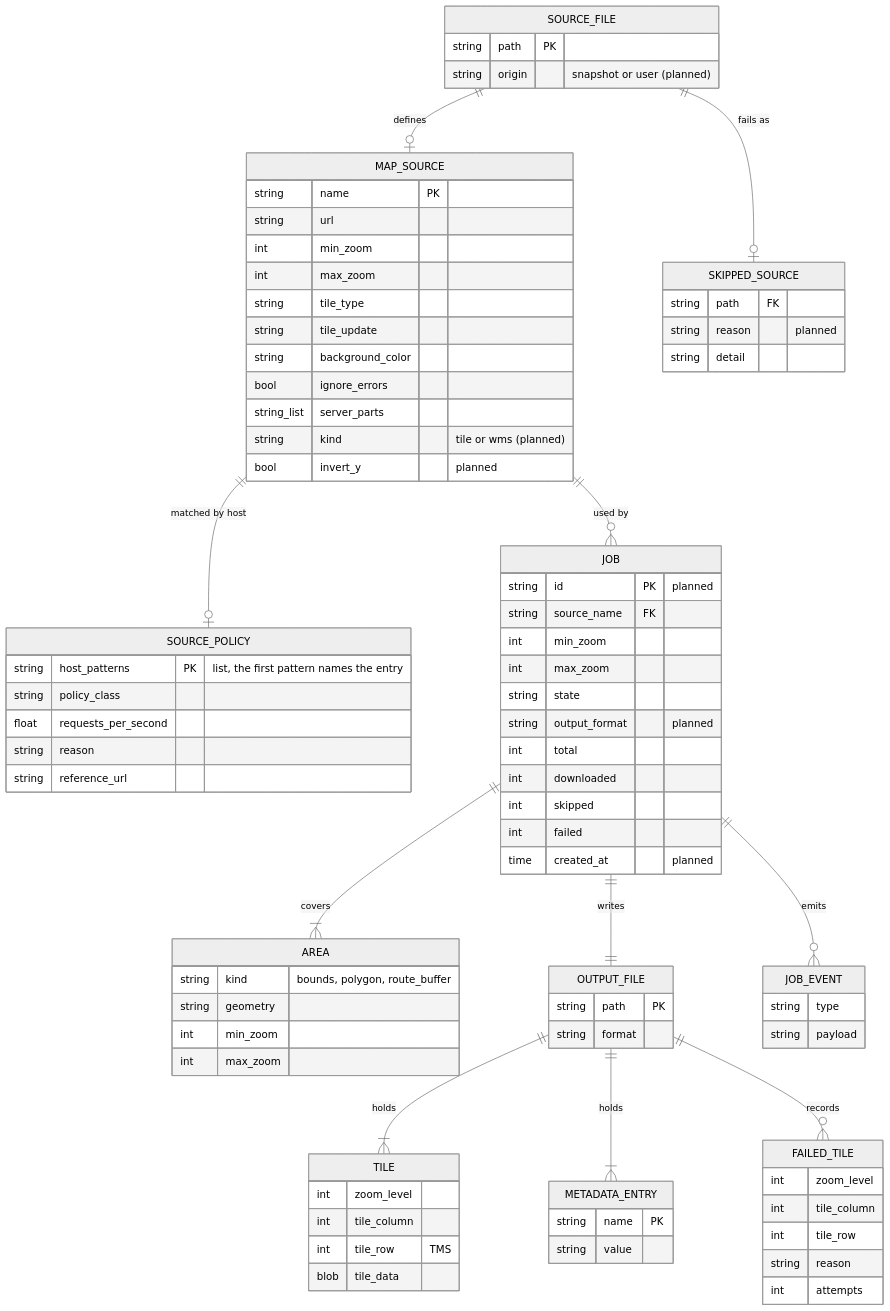
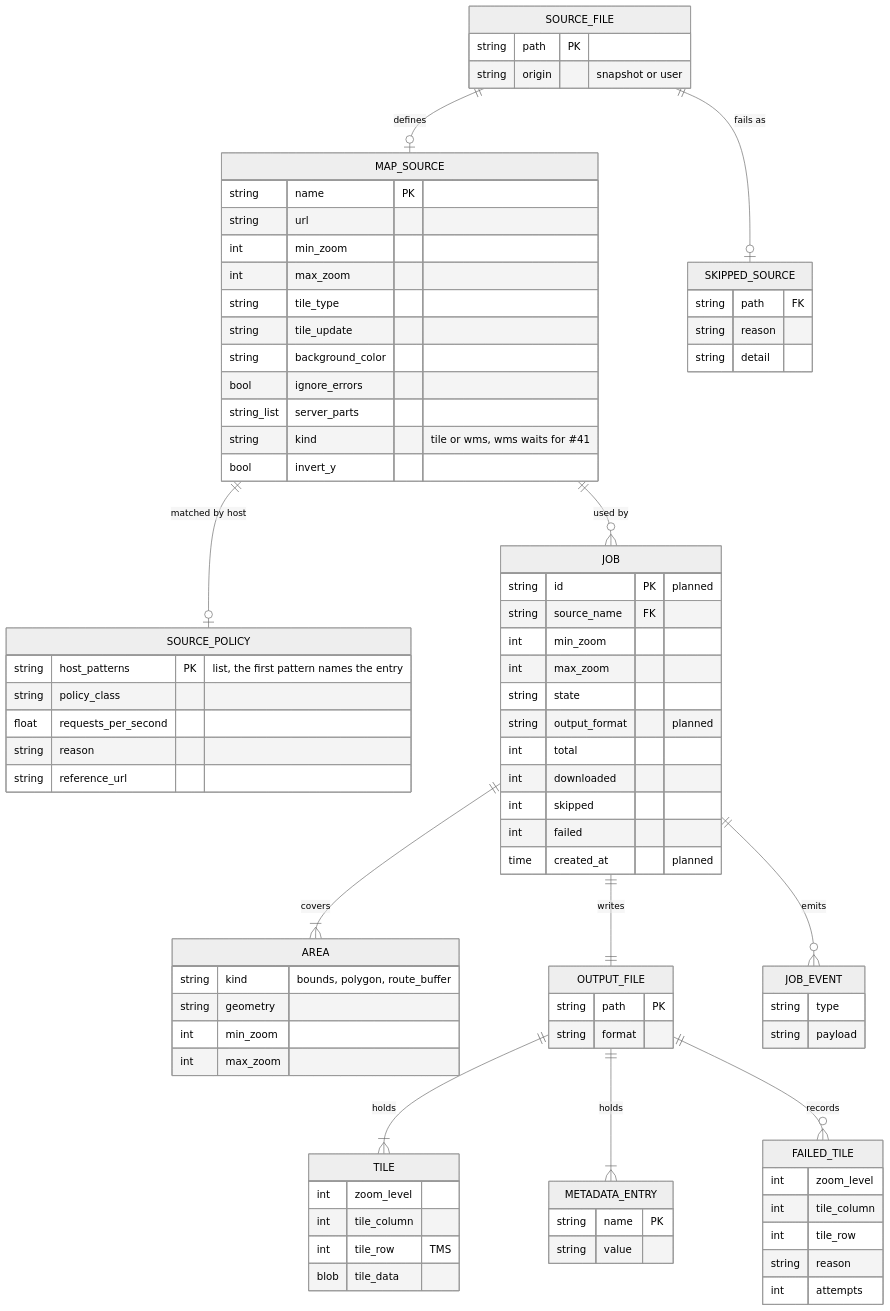
The second of 3 diagrams in docs/specs/spec.md (Crank-Git/ATAKMapDownloader), drawn with Mermaid (neutral theme) before and after one commit. The commit also changed other lines of this file and 11 other files, not shown here.

```diff
--- a/docs/specs/spec.md
+++ b/docs/specs/spec.md
@@ -230,16 +231,16 @@
     string background_color
     bool ignore_errors
     string_list server_parts
-    string kind "tile or wms (planned)"
-    bool invert_y "planned"
+    string kind "tile or wms, wms waits for #41"
+    bool invert_y
   }
   SOURCE_FILE {
     string path PK
-    string origin "snapshot or user (planned)"
+    string origin "snapshot or user"
   }
   SKIPPED_SOURCE {
     string path FK
-    string reason "planned"
+    string reason
     string detail
   }
   SOURCE_POLICY {
```
